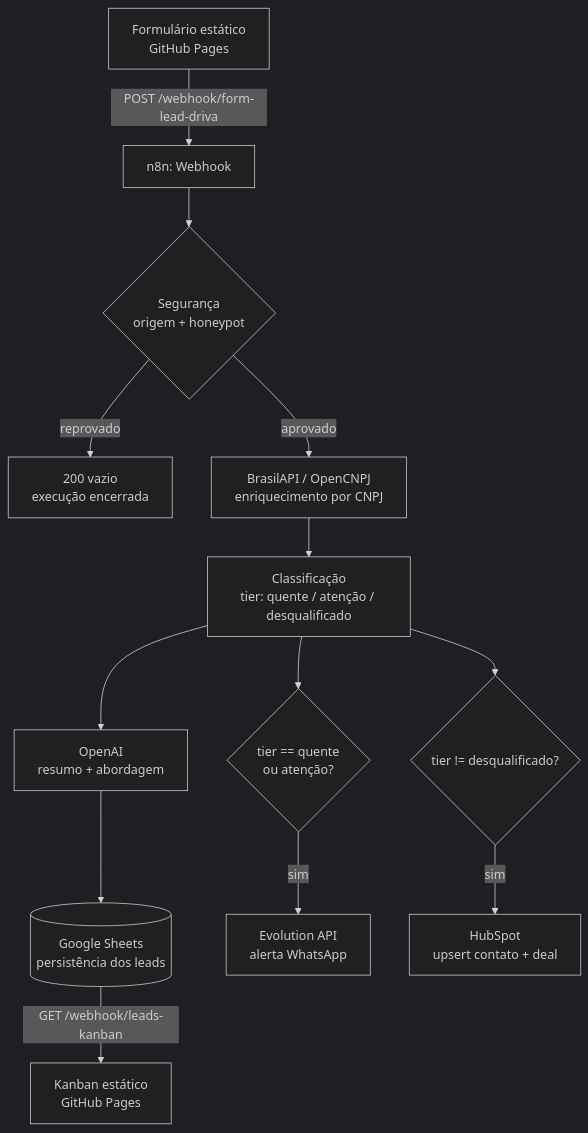
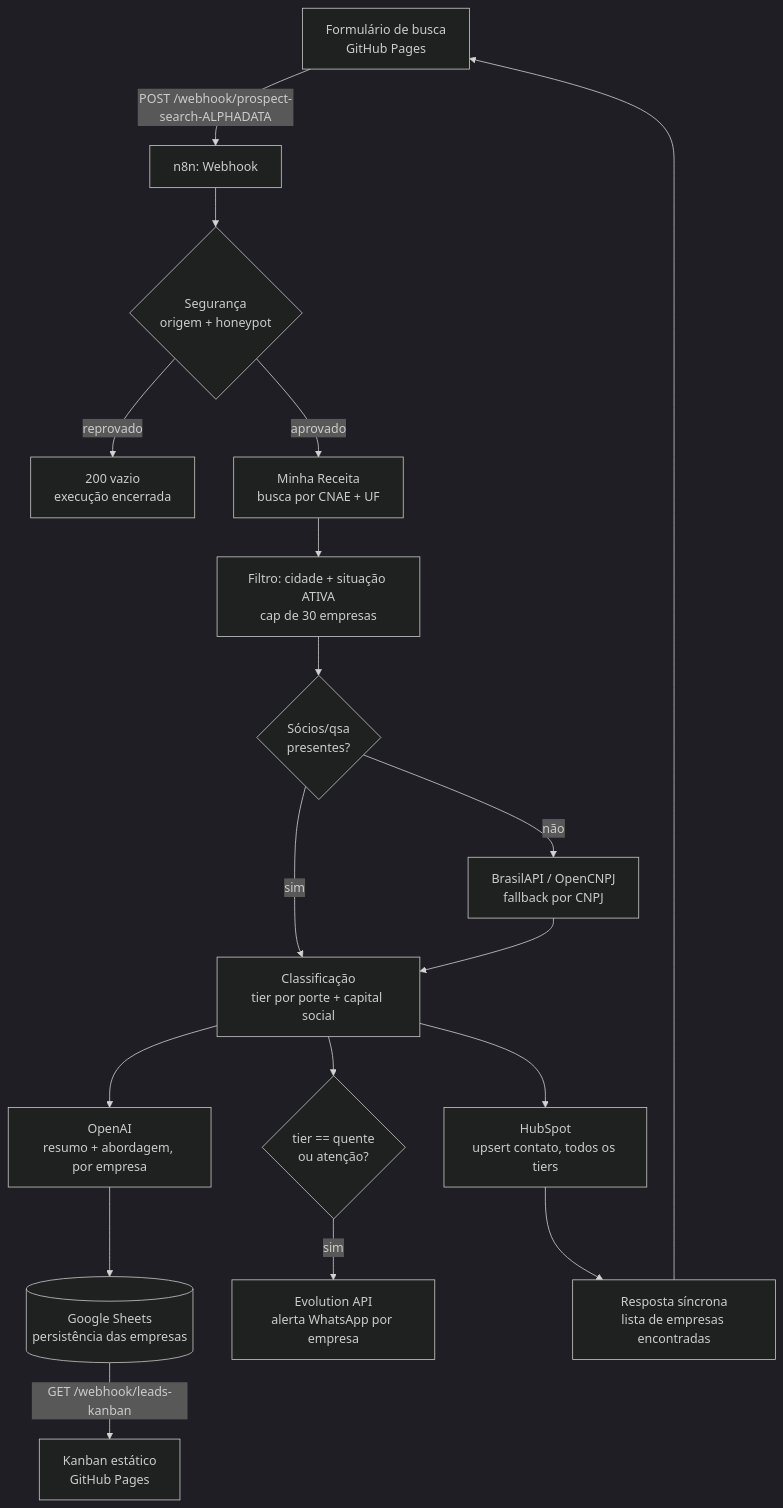
Before and after one commit to Kristhianno/lead_qualify: the diagram in README.md, drawn with Mermaid (dark theme). The commit also changed other lines of this file and 4 other files, not shown here.

````diff
--- a/README.md
+++ b/README.md
@@ -31,15 +34,20 @@
 ```mermaid
 flowchart TD
-    A[Formulário estático<br/>GitHub Pages] -->|POST /webhook/form-lead-driva| B[n8n: Webhook]
+    A[Formulário de busca<br/>GitHub Pages] -->|POST /webhook/prospect-search-ALPHADATA| B[n8n: Webhook]
     B --> C{Segurança<br/>origem + honeypot}
     C -->|reprovado| X[200 vazio<br/>execução encerrada]
-    C -->|aprovado| D[BrasilAPI / OpenCNPJ<br/>enriquecimento por CNPJ]
-    D --> F[Classificação<br/>tier: quente / atenção / desqualificado]
-    F --> E[OpenAI<br/>resumo + abordagem]
-    E --> G[(Google Sheets<br/>persistência dos leads)]
+    C -->|aprovado| D[Minha Receita<br/>busca por CNAE + UF]
+    D --> D2[Filtro: cidade + situação ATIVA<br/>cap de 30 empresas]
+    D2 --> D3{Sócios/qsa<br/>presentes?}
+    D3 -->|não| D4[BrasilAPI / OpenCNPJ<br/>fallback por CNPJ]
+    D3 -->|sim| F
+    D4 --> F[Classificação<br/>tier por porte + capital social]
+    F --> E[OpenAI<br/>resumo + abordagem, por empresa]
+    E --> G[(Google Sheets<br/>persistência das empresas)]
     F --> H{tier == quente<br/>ou atenção?}
-    H -->|sim| I[Evolution API<br/>alerta WhatsApp]
-    F --> J{tier != desqualificado?}
-    J -->|sim| K[HubSpot<br/>upsert contato + deal]
+    H -->|sim| I[Evolution API<br/>alerta WhatsApp por empresa]
+    F --> K[HubSpot<br/>upsert contato, todos os tiers]
+    K --> R[Resposta síncrona<br/>lista de empresas encontradas]
+    R --> A
     G -->|GET /webhook/leads-kanban| L[Kanban estático<br/>GitHub Pages]
 ```
````
